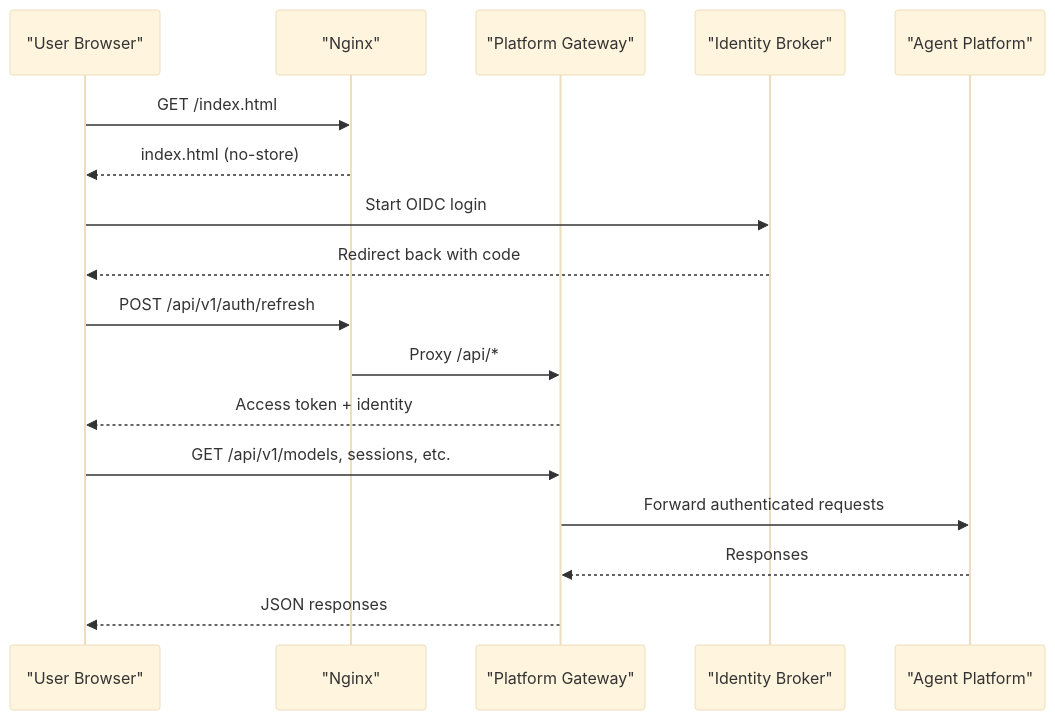
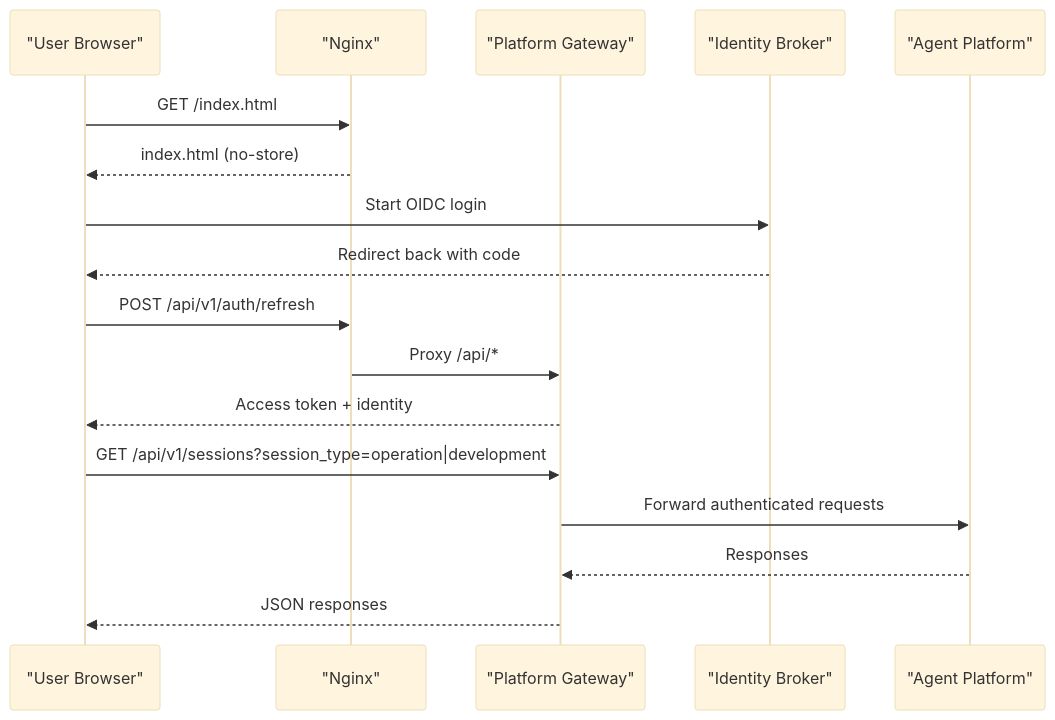
Before and after one commit to metasync/luban-aiops: the second of 15 diagrams in .qoder/repowiki/en/content/Operator Portal.md, drawn with Mermaid (base theme). The commit also changed other lines of this file and 6 other files, not shown here.

````diff
--- a/.qoder/repowiki/en/content/Operator Portal.md
+++ b/.qoder/repowiki/en/content/Operator Portal.md
@@ -123,19 +132,19 @@
 ```mermaid
 sequenceDiagram
 participant U as "User Browser"
 participant N as "Nginx"
 participant G as "Platform Gateway"
 participant I as "Identity Broker"
 participant A as "Agent Platform"
 U->>N : GET /index.html
 N-->>U : index.html (no-store)
 U->>I : Start OIDC login
 I-->>U : Redirect back with code
 U->>N : POST /api/v1/auth/refresh
 N->>G : Proxy /api/*
 G-->>U : Access token + identity
-U->>G : GET /api/v1/models, sessions, etc.
+U->>G : GET /api/v1/sessions?session_type=operation|development
 G->>A : Forward authenticated requests
 A-->>G : Responses
 G-->>U : JSON responses
 ```
````
